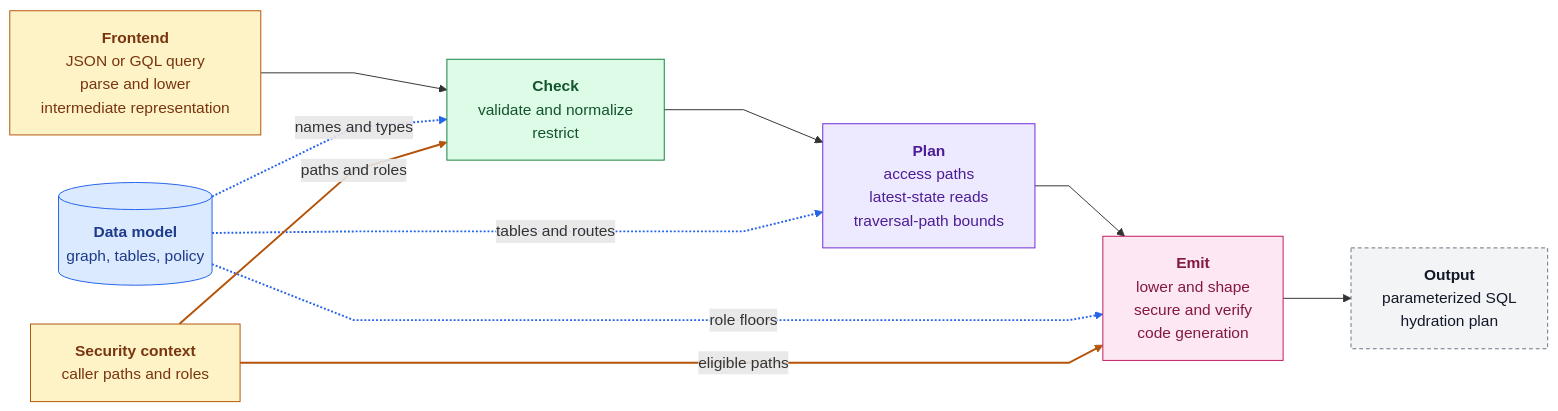
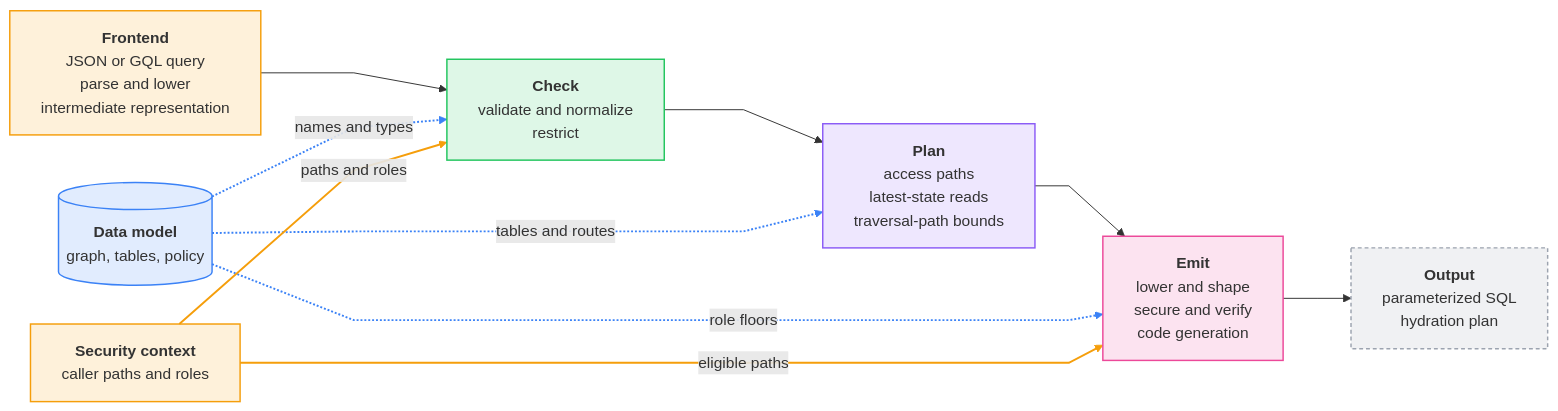
The second of 10 diagrams in docs/pages/engineering/architecture/query-engine.md (gitlabhq/orbit-knowledge-graph), drawn with Mermaid before and after one commit. The commit also changed other lines of this file and 5 other files, not shown here.

Commit message:
docs(architecture): rename to Orbit Query Engine and use theme-neutral diagram colors

````diff
--- a/docs/pages/engineering/architecture/query-engine.md
+++ b/docs/pages/engineering/architecture/query-engine.md
@@ -88,39 +88,39 @@
 ```mermaid
 %%{init: {"flowchart": {"curve": "linear", "nodeSpacing": 40, "rankSpacing": 70, "padding": 16}}}%%
 flowchart LR
-    accTitle: How the graph query engine compiles a query
+    accTitle: How the Orbit Query Engine compiles a query
     accDescr: A JSON or GQL query passes through four stages. The frontend parses and lowers it into the intermediate representation. Check validates, normalizes, and restricts it. Plan picks access paths, latest-state reads, and traversal-path bounds. Emit lowers, secures, verifies, and renders it as parameterized SQL with a hydration plan. The data model feeds check, plan, and emit, and the security context feeds check and emit.
 
     model[("<b>Data model</b><br/>graph, tables, policy")]
     front["<b>Frontend</b><br/>JSON or GQL query<br/>parse and lower<br/>intermediate representation"]
     context["<b>Security context</b><br/>caller paths and roles"]
     check["<b>Check</b><br/>validate and normalize<br/>restrict"]
     plan["<b>Plan</b><br/>access paths<br/>latest-state reads<br/>traversal-path bounds"]
     emit["<b>Emit</b><br/>lower and shape<br/>secure and verify<br/>code generation"]
     sql["<b>Output</b><br/>parameterized SQL<br/>hydration plan"]
 
     front --> check --> plan --> emit --> sql
 
     model -. "names and types" .-> check
     model -. "tables and routes" .-> plan
     model -. "role floors" .-> emit
     context -- "paths and roles" --> check
     context -- "eligible paths" --> emit
 
-    classDef data fill:#DBEAFE,stroke:#2563EB,color:#1E3A8A
-    classDef input fill:#FEF3C7,stroke:#B45309,color:#78350F
-    classDef checking fill:#DCFCE7,stroke:#15803D,color:#14532D
-    classDef planner fill:#EDE9FE,stroke:#6D28D9,color:#4C1D95
-    classDef emitter fill:#FCE7F3,stroke:#BE185D,color:#831843
-    classDef output fill:#F3F4F6,stroke:#6B7280,color:#111827,stroke-dasharray:4 3
+    classDef data fill:#3B82F626,stroke:#3B82F6,stroke-width:1.5px
+    classDef input fill:#F59E0B26,stroke:#F59E0B,stroke-width:1.5px
+    classDef checking fill:#22C55E26,stroke:#22C55E,stroke-width:1.5px
+    classDef planner fill:#8B5CF626,stroke:#8B5CF6,stroke-width:1.5px
+    classDef emitter fill:#EC489926,stroke:#EC4899,stroke-width:1.5px
+    classDef output fill:#9CA3AF26,stroke:#9CA3AF,stroke-width:1.5px,stroke-dasharray:4 3
 
     class model data
     class front,context input
     class check checking
     class plan planner
     class emit emitter
     class sql output
 
-    linkStyle 4,5,6 stroke:#2563EB,stroke-width:2px
-    linkStyle 7,8 stroke:#B45309,stroke-width:2px
+    linkStyle 4,5,6 stroke:#3B82F6,stroke-width:2px
+    linkStyle 7,8 stroke:#F59E0B,stroke-width:2px
 ```
````
